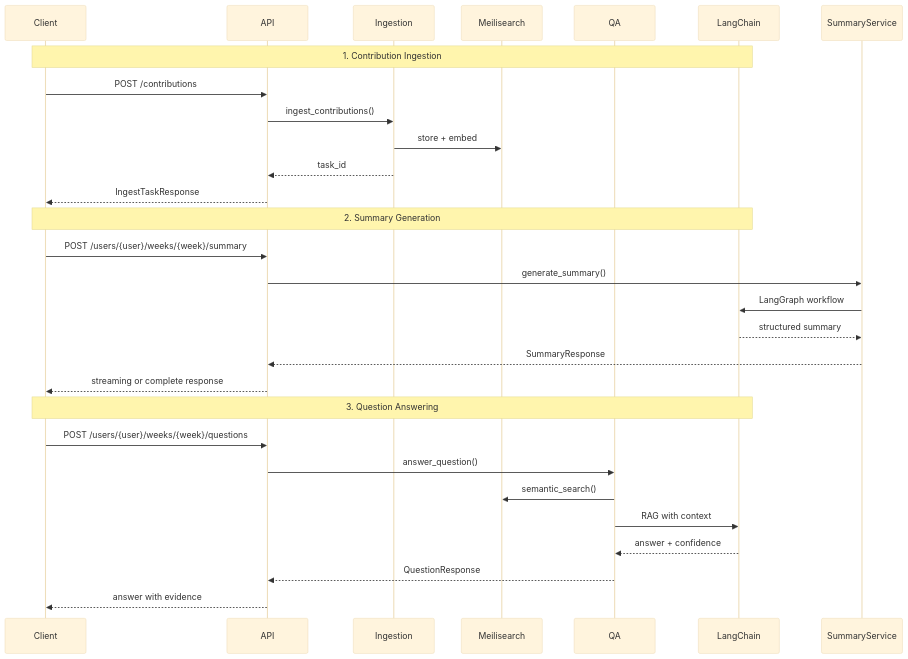
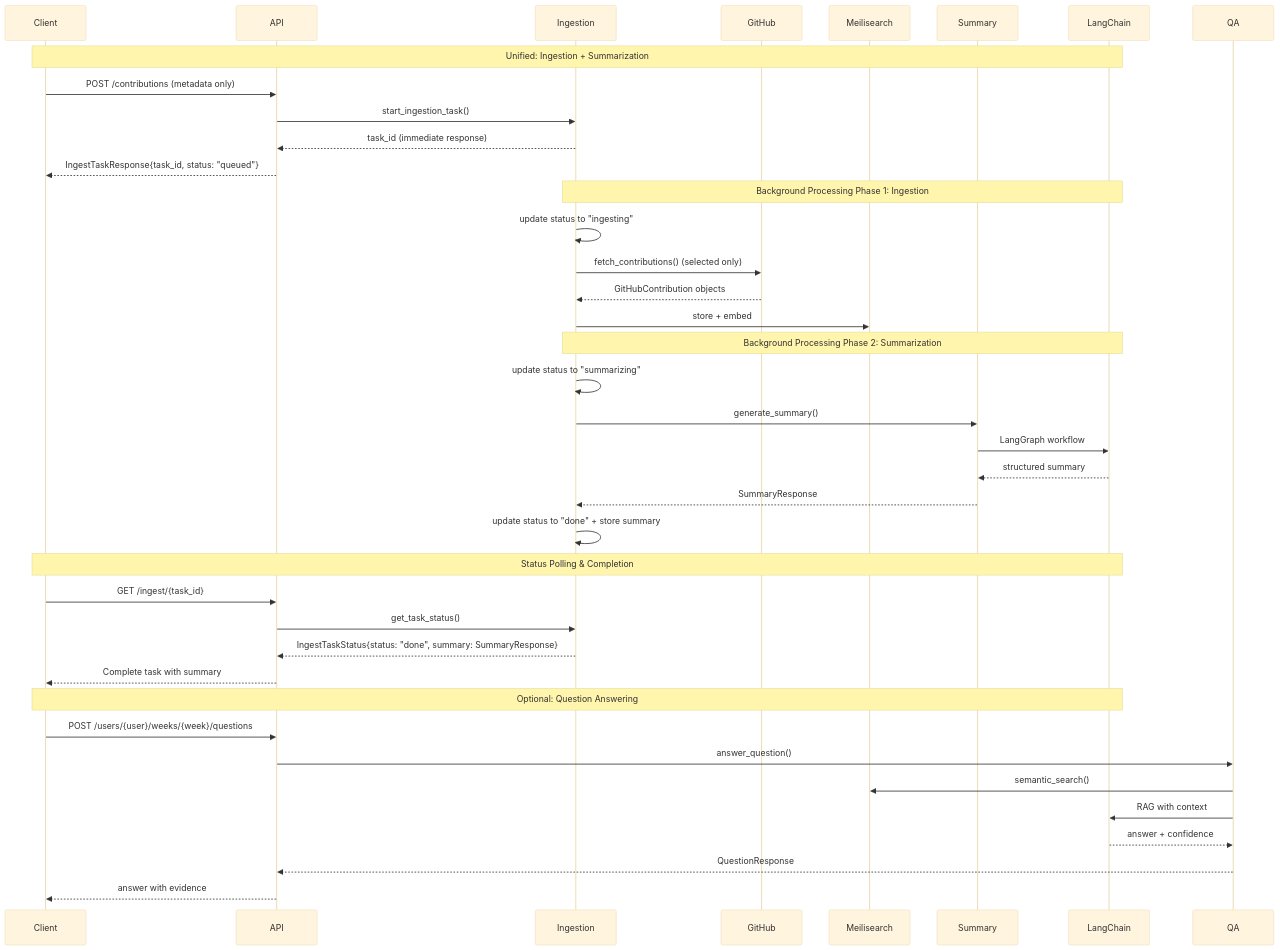
One commit to AET-DevOps25/team-promptheus changed the second of 3 diagrams in genai/README.md. Above: the diagram before and after it, drawn with Mermaid (base theme). The commit also changed other lines of this file and 13 other files, not shown here.

Commit message:
wip: fetch contributions on ingest

````diff
--- a/genai/README.md
+++ b/genai/README.md
@@ -71,33 +85,45 @@
 ```mermaid
 sequenceDiagram
     participant Client
     participant API
     participant Ingestion
+    participant GitHub
     participant Meilisearch
-    participant QA
+    participant Summary
     participant LangChain
     
-    Note over Client,LangChain: 1. Contribution Ingestion
-    Client->>API: POST /contributions
-    API->>Ingestion: ingest_contributions()
+    Note over Client,LangChain: Unified: Ingestion + Summarization
+    Client->>API: POST /contributions (metadata only)
+    API->>Ingestion: start_ingestion_task()
+    Ingestion-->>API: task_id (immediate response)
+    API-->>Client: IngestTaskResponse{task_id, status: "queued"}
+    
+    Note over Ingestion,LangChain: Background Processing Phase 1: Ingestion
+    Ingestion->>Ingestion: update status to "ingesting"
+    Ingestion->>GitHub: fetch_contributions() (selected only)
+    GitHub-->>Ingestion: GitHubContribution objects
     Ingestion->>Meilisearch: store + embed
-    Ingestion-->>API: task_id
-    API-->>Client: IngestTaskResponse
     
-    Note over Client,LangChain: 2. Summary Generation
-    Client->>API: POST /users/{user}/weeks/{week}/summary
-    API->>SummaryService: generate_summary()
-    SummaryService->>LangChain: LangGraph workflow
-    LangChain-->>SummaryService: structured summary
-    SummaryService-->>API: SummaryResponse
-    API-->>Client: streaming or complete response
+    Note over Ingestion,LangChain: Background Processing Phase 2: Summarization
+    Ingestion->>Ingestion: update status to "summarizing"
+    Ingestion->>Summary: generate_summary()
+    Summary->>LangChain: LangGraph workflow
+    LangChain-->>Summary: structured summary
+    Summary-->>Ingestion: SummaryResponse
+    Ingestion->>Ingestion: update status to "done" + store summary
     
-    Note over Client,LangChain: 3. Question Answering
+    Note over Client,LangChain: Status Polling & Completion
+    Client->>API: GET /ingest/{task_id}
+    API->>Ingestion: get_task_status()
+    Ingestion-->>API: IngestTaskStatus{status: "done", summary: SummaryResponse}
+    API-->>Client: Complete task with summary
+    
+    Note over Client,LangChain: Optional: Question Answering
     Client->>API: POST /users/{user}/weeks/{week}/questions
     API->>QA: answer_question()
     QA->>Meilisearch: semantic_search()
     QA->>LangChain: RAG with context
     LangChain-->>QA: answer + confidence
     QA-->>API: QuestionResponse
     API-->>Client: answer with evidence
 ```
````
